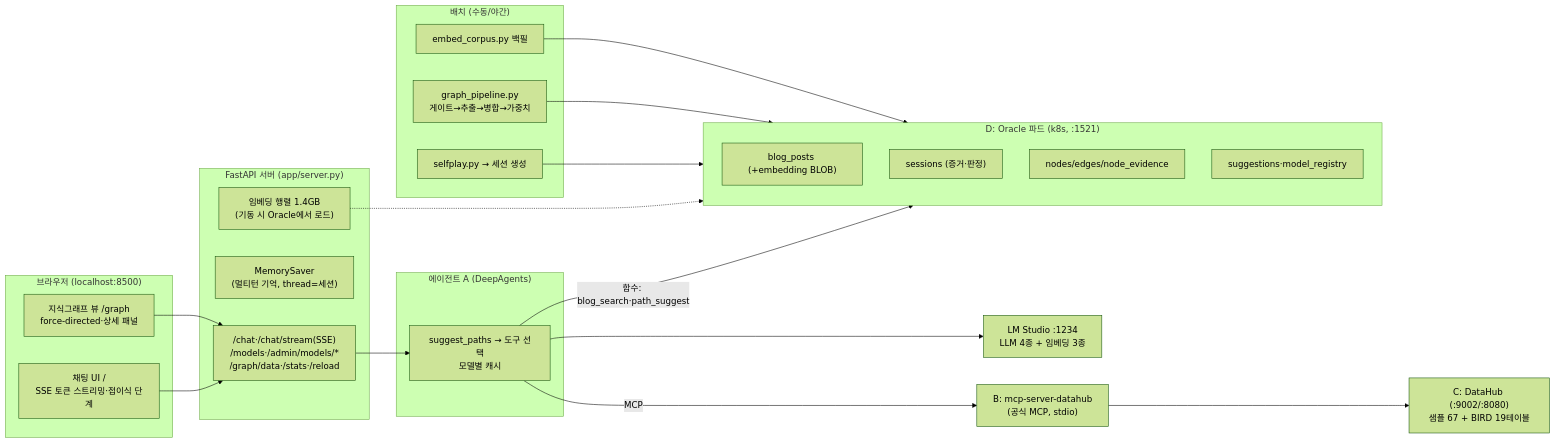
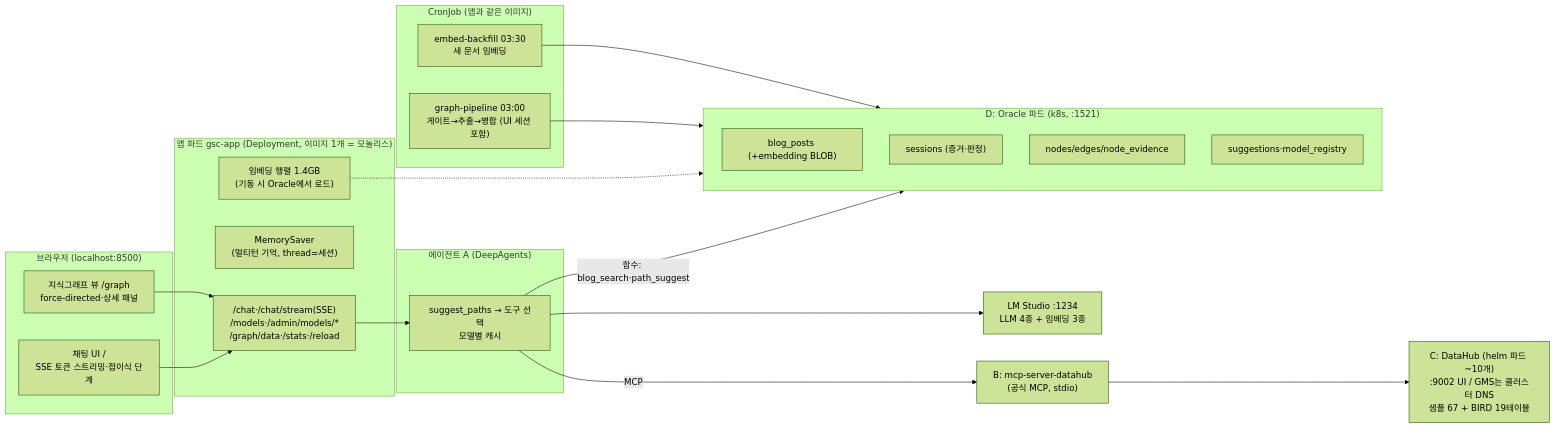
Before and after one commit to catinbox276/graph-search-chat: the diagram in docs/implementation.md, drawn with Mermaid (forest theme). The commit also changed other lines of this file and 10 other files, not shown here.

First line of the commit message:
feat: LM Studio 제외 전부 파드화 — 앱 Deployment + CronJob + DataHub helm 이전

````diff
--- a/docs/implementation.md
+++ b/docs/implementation.md
@@ -8,36 +9,35 @@
 ```mermaid
 flowchart LR
     subgraph browser["브라우저 (localhost:8500)"]
         UI["채팅 UI /<br/>SSE 토큰 스트리밍·접이식 단계"]
         GV["지식그래프 뷰 /graph<br/>force-directed·상세 패널"]
     end
-    subgraph srv["FastAPI 서버 (app/server.py)"]
+    subgraph srv["앱 파드 gsc-app (Deployment, 이미지 1개 = 모놀리스)"]
         API["/chat·/chat/stream(SSE)<br/>/models·/admin/models/*<br/>/graph/data·/stats·/reload"]
         MEM["MemorySaver<br/>(멀티턴 기억, thread=세션)"]
         MTX["임베딩 행렬 1.4GB<br/>(기동 시 Oracle에서 로드)"]
     end
     subgraph agentbox["에이전트 A (DeepAgents)"]
         AG["suggest_paths → 도구 선택<br/>모델별 캐시"]
     end
     LMS["LM Studio :1234<br/>LLM 4종 + 임베딩 3종"]
     subgraph ora["D: Oracle 파드 (k8s, :1521)"]
         T1["blog_posts (+embedding BLOB)"]
         T2["sessions (증거·판정)"]
         T3["nodes/edges/node_evidence"]
         T4["suggestions·model_registry"]
     end
-    DH["C: DataHub (:9002/:8080)<br/>샘플 67 + BIRD 19테이블"]
+    DH["C: DataHub (helm 파드 ~10개)<br/>:9002 UI / GMS는 클러스터 DNS<br/>샘플 67 + BIRD 19테이블"]
     MCP["B: mcp-server-datahub<br/>(공식 MCP, stdio)"]
     UI & GV --> API
     API --> AG
     AG -->|"함수: blog_search·path_suggest"| ora
     AG -->|MCP| MCP --> DH
     AG --> LMS
     MTX -.-> ora
-    subgraph batch["배치 (수동/야간)"]
-        P1["selfplay.py → 세션 생성"]
-        P2["graph_pipeline.py<br/>게이트→추출→병합→가중치"]
-        P3["embed_corpus.py 백필"]
+    subgraph batch["CronJob (앱과 같은 이미지)"]
+        P2["graph-pipeline 03:00<br/>게이트→추출→병합 (UI 세션 포함)"]
+        P3["embed-backfill 03:30<br/>새 문서 임베딩"]
     end
-    P1 & P2 & P3 --> ora
+    P2 & P3 --> ora
 ```
````
